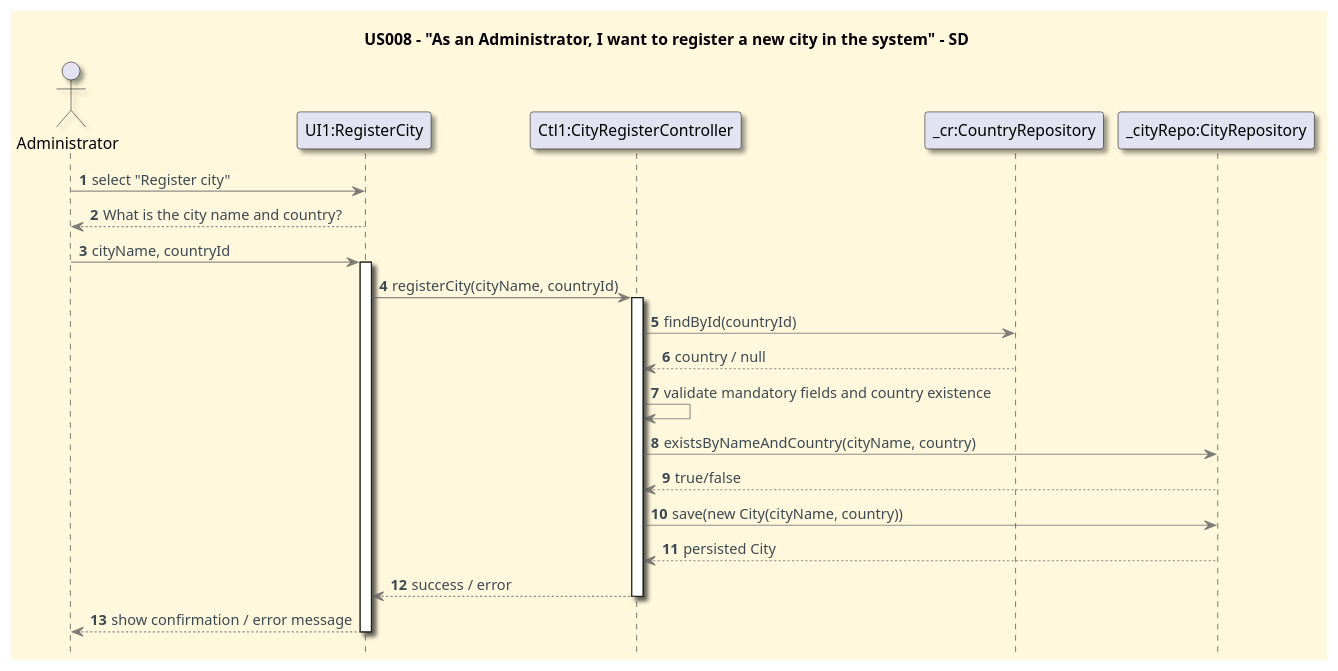
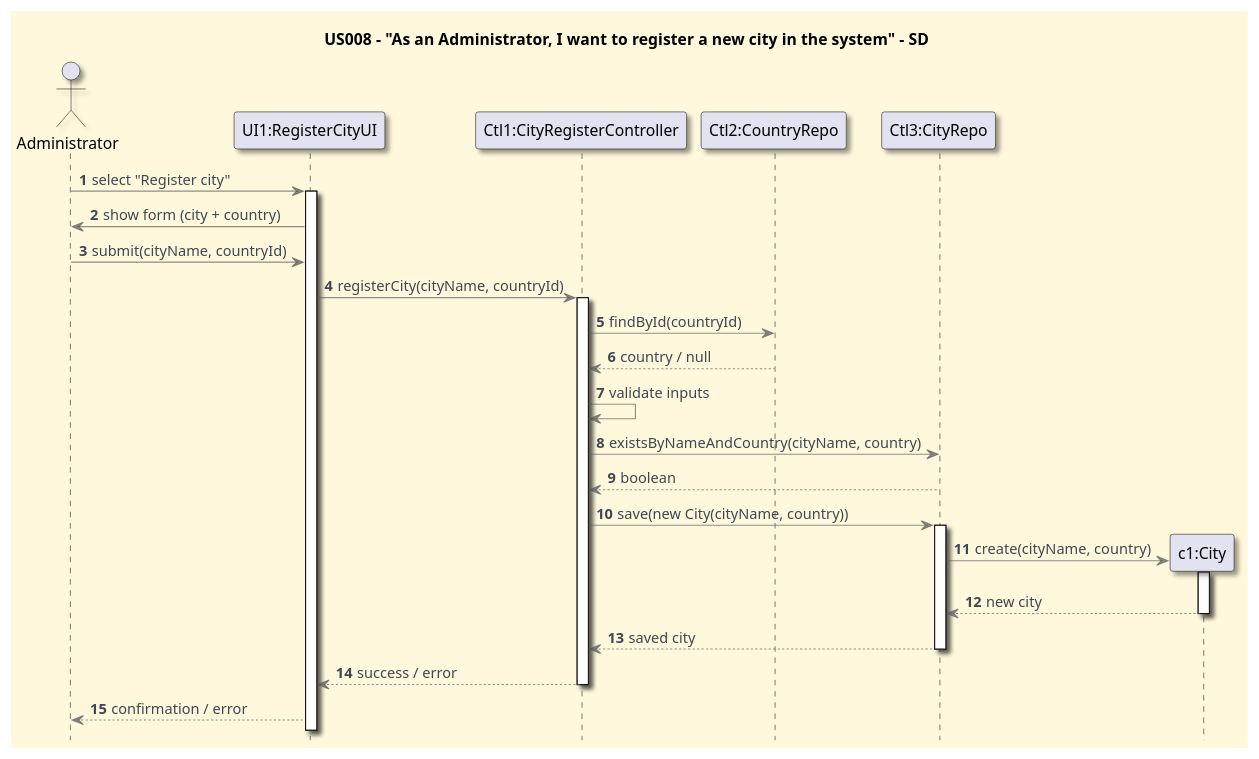
One commit to CarolinaLeite-collab/JavaMarketplacePlatform changed the diagram in docs/userStories/US008/US008_register_a_city_SD.puml. Above: the diagram before and after it, drawn with PlantUML. The commit also changed other lines of this file and 8 other files, not shown here.

```diff
--- a/docs/userStories/US008/US008_register_a_city_SD.puml
+++ b/docs/userStories/US008/US008_register_a_city_SD.puml
@@ -1,56 +1,54 @@
 @startuml
 title US008 - "As an Administrator, I want to register a new city in the system" - SD
 hidefootbox
 
 '==== basic style ====
 skinparam monochrome false
 skinparam shadowing true
 skinparam defaultFontName Futura
 skinparam objectFontSize 20
 skinparam backgroundColor CornSilk
 skinparam objectBackgroundColor WhiteSmoke
 skinparam noteBackgroundColor #FFFFE0
 skinparam ArrowFontColor #3B4953
 skinparam ArrowColor #57595BAA
 
 autonumber
 autoactivate off
 
 actor Administrator as Adm
-participant "UI1:RegisterCity" as UI
+participant "UI1:RegisterCityUI" as UI
 participant "Ctl1:CityRegisterController" as Ctl
-participant "_cr:CountryRepository" as _cr
-participant "_cityRepo:CityRepository" as _cityRepo
+participant "Ctl2:CountryRepo" as CountryRepo
+participant "Ctl3:CityRepo" as CityRepo
 
-' 1. Admin opens the register city screen
+' 1. Admin requests to register a new city
 Adm -> UI: select "Register city"
-
-' 2. UI asks for city and country
-UI --> Adm: What is the city name and country?
-Adm -> UI: cityName, countryId
 activate UI
 
-' 3. UI submits data to controller
+UI -> Adm: show form (city + country)
+Adm -> UI: submit(cityName, countryId)
+
 UI -> Ctl: registerCity(cityName, countryId)
 activate Ctl
 
-' 4. Controller validates country existence
-Ctl -> _cr: findById(countryId)
-_cr --> Ctl: country / null
+' 2. Controller validates country existence
+Ctl -> CountryRepo: findById(countryId)
+CountryRepo --> Ctl: country / null
 
-Ctl -> Ctl: validate mandatory fields and country existence
-
-' 5. Controller checks duplicates and saves city
-Ctl -> _cityRepo: existsByNameAndCountry(cityName, country)
-_cityRepo --> Ctl: true/false
-
-Ctl -> _cityRepo: save(new City(cityName, country))
-_cityRepo --> Ctl: persisted City
-
-' 6. Controller returns result to UI
+Ctl -> Ctl: validate inputs
+Ctl -> CityRepo: existsByNameAndCountry(cityName, country)
+CityRepo --> Ctl: boolean
+Ctl -> CityRepo: save(new City(cityName, country))
+activate CityRepo
+create "c1:City" as c1
+CityRepo -> c1: create(cityName, country)
+activate c1
+c1 --> CityRepo: new city
+deactivate c1
+CityRepo --> Ctl: saved city
+deactivate CityRepo
 Ctl --> UI: success / error
 deactivate Ctl
-UI --> Adm: show confirmation / error message
-deactivate UI
-
+UI --> Adm: confirmation / error
 @enduml
```
